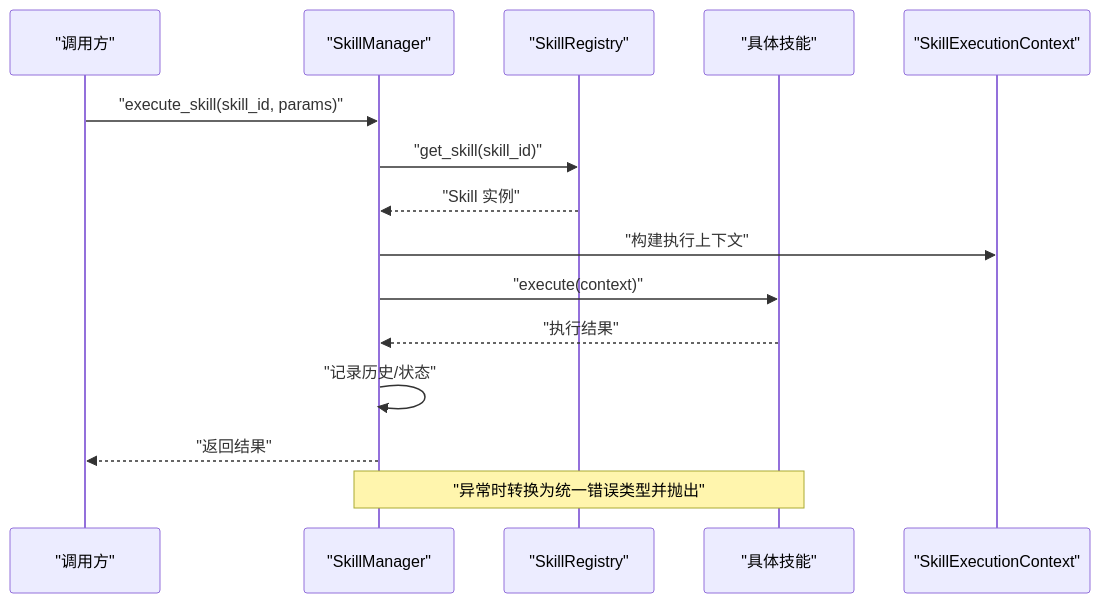
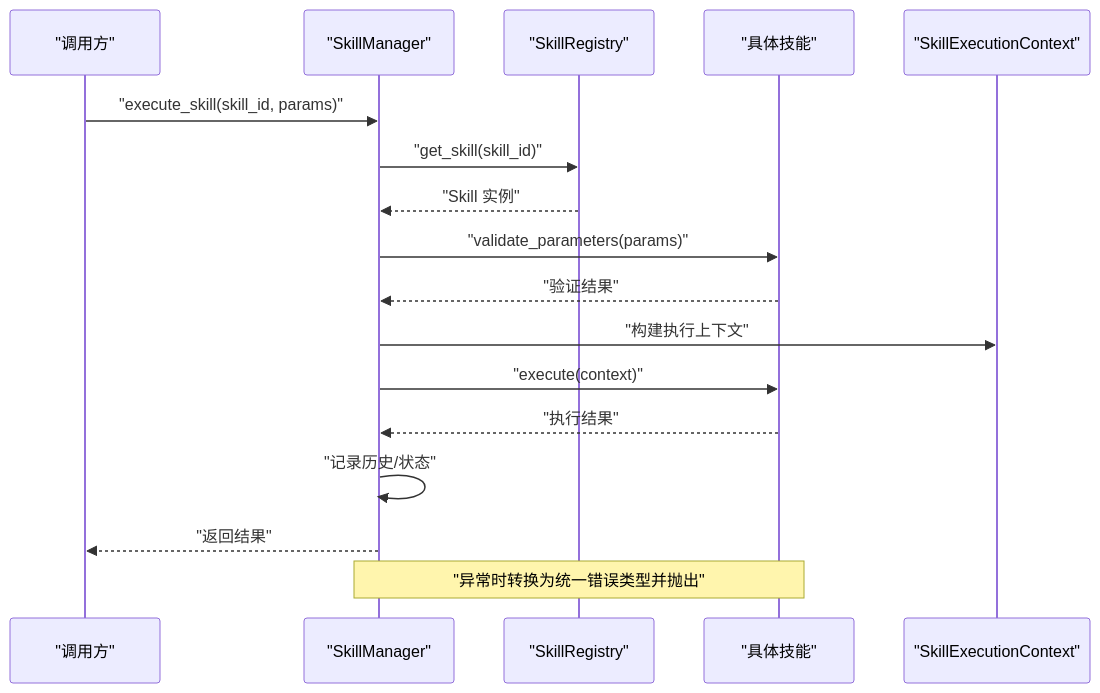
The fourth of 6 diagrams in .qoder/repowiki/zh/content/多智能体系统/技能系统/技能系统.md (xinetzone/tao), drawn with Mermaid before and after one commit. The commit also changed other lines of this file and 5 other files, not shown here.

````diff
--- a/.qoder/repowiki/zh/content/多智能体系统/技能系统/技能系统.md
+++ b/.qoder/repowiki/zh/content/多智能体系统/技能系统/技能系统.md
@@ -217,17 +278,19 @@
 ```mermaid
 sequenceDiagram
 participant Client as "调用方"
 participant Manager as "SkillManager"
 participant Registry as "SkillRegistry"
 participant Skill as "具体技能"
 participant Ctx as "SkillExecutionContext"
 Client->>Manager : "execute_skill(skill_id, params)"
 Manager->>Registry : "get_skill(skill_id)"
 Registry-->>Manager : "Skill 实例"
+Manager->>Skill : "validate_parameters(params)"
+Skill-->>Manager : "验证结果"
 Manager->>Ctx : "构建执行上下文"
 Manager->>Skill : "execute(context)"
 Skill-->>Manager : "执行结果"
 Manager->>Manager : "记录历史/状态"
 Manager-->>Client : "返回结果"
 Note over Manager,Skill : "异常时转换为统一错误类型并抛出"
 ```
````
